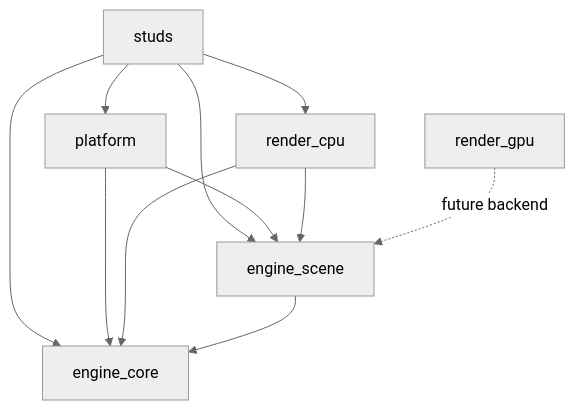
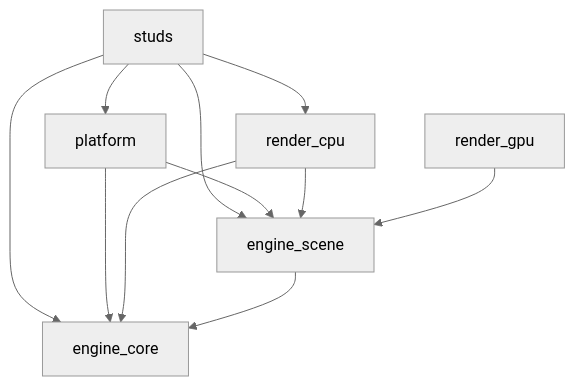
Before and after one commit to ibrahimMohamed124/ribbon_engine: the diagram in ARCHITECTURE.md, drawn with Mermaid (neutral theme). The commit also changed other lines of this file and 8 other files, not shown here.

````diff
--- a/ARCHITECTURE.md
+++ b/ARCHITECTURE.md
@@ -12,13 +12,13 @@
 ```mermaid
 graph TD
   studs --> platform
   studs --> render_cpu
   studs --> engine_scene
   studs --> engine_core
   platform --> engine_scene
   platform --> engine_core
   render_cpu --> engine_scene
   render_cpu --> engine_core
   engine_scene --> engine_core
-  render_gpu -. future backend .-> engine_scene
+  render_gpu --> engine_scene
 ```
````
